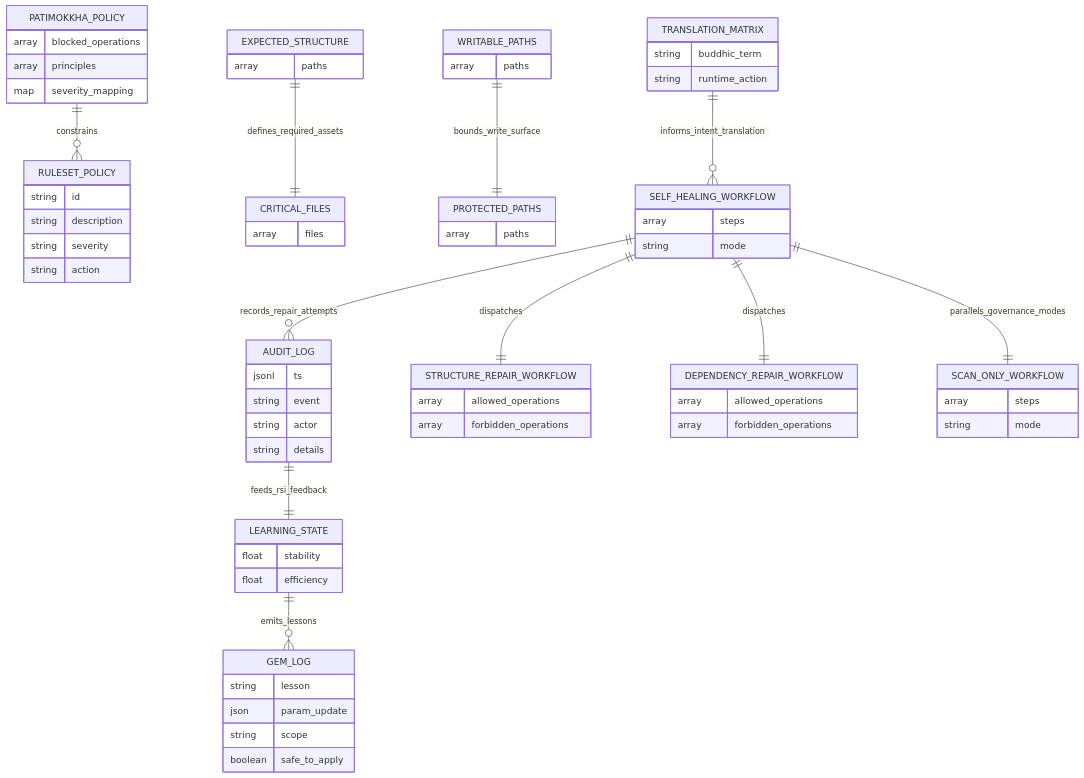
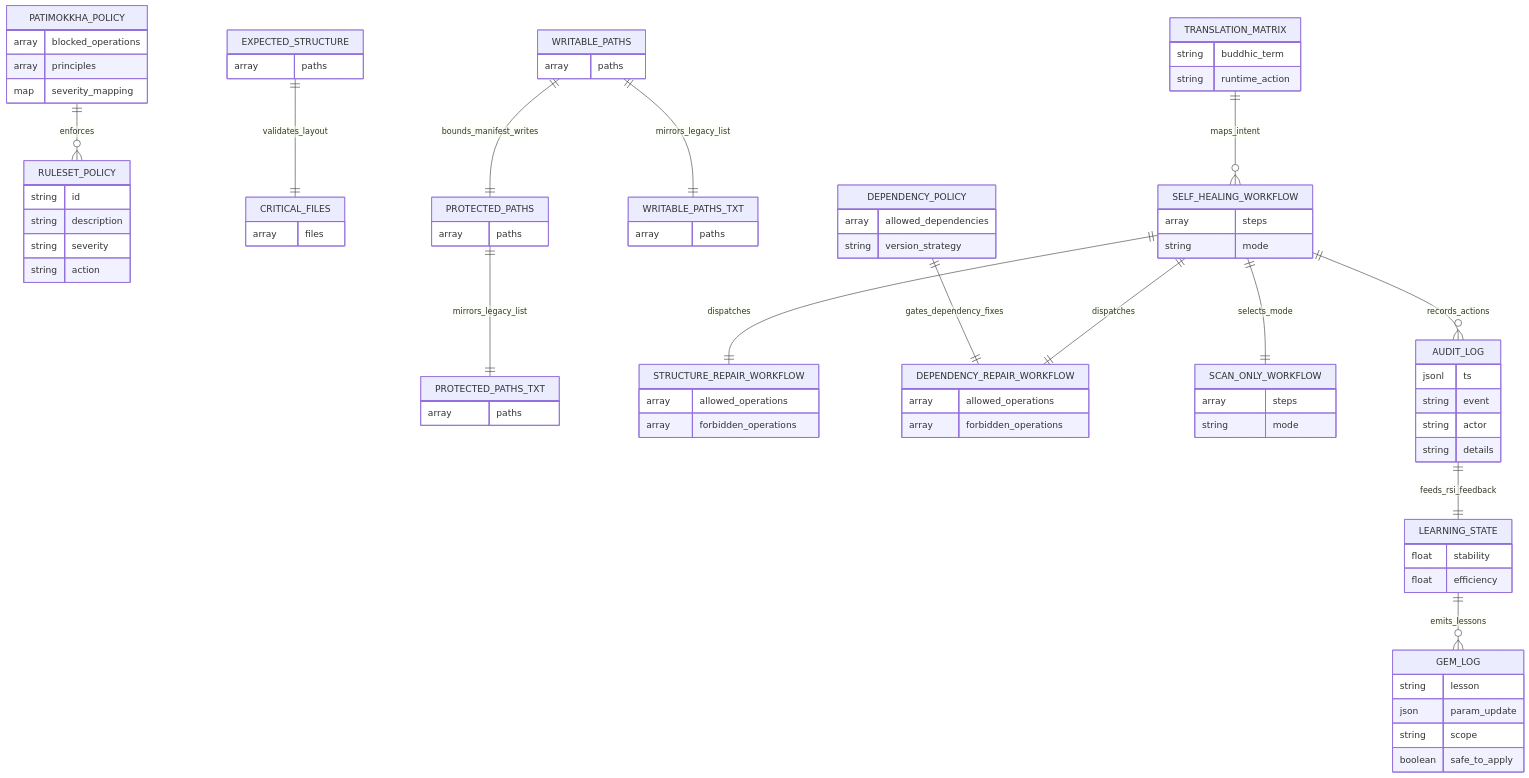
The diagram in README.md (FGD-ATR-EP/PRGX-AG), drawn with Mermaid before and after one commit. The commit also changed other lines of this file and 3 other files, not shown here.

Commit message:
docs: refresh architecture docs and add security/copyright policies

````diff
--- a/README.md
+++ b/README.md
@@ -71,9 +71,49 @@
       array paths
     }
 
+    WRITABLE_PATHS_TXT {
+      array paths
+    }
+
+    PROTECTED_PATHS_TXT {
+      array paths
+    }
+
+    DEPENDENCY_POLICY {
+      array allowed_dependencies
+      string version_strategy
+    }
+
     TRANSLATION_MATRIX {
       string buddhic_term
       string runtime_action
+    }
+
+    SELF_HEALING_WORKFLOW {
+      array steps
+      string mode
+    }
+
+    STRUCTURE_REPAIR_WORKFLOW {
+      array allowed_operations
+      array forbidden_operations
+    }
+
+    DEPENDENCY_REPAIR_WORKFLOW {
+      array allowed_operations
+      array forbidden_operations
+    }
+
+    SCAN_ONLY_WORKFLOW {
+      array steps
+      string mode
+    }
+
+    AUDIT_LOG {
+      jsonl ts
+      string event
+      string actor
+      string details
     }
 
     LEARNING_STATE {
@@ -88,41 +128,17 @@
       boolean safe_to_apply
     }
 
-    AUDIT_LOG {
-      jsonl ts
-      string event
-      string actor
-      string details
-    }
-
-    STRUCTURE_REPAIR_WORKFLOW {
-      array allowed_operations
-      array forbidden_operations
-    }
-
-    DEPENDENCY_REPAIR_WORKFLOW {
-      array allowed_operations
-      array forbidden_operations
-    }
-
-    SELF_HEALING_WORKFLOW {
-      array steps
-      string mode
-    }
-
-    SCAN_ONLY_WORKFLOW {
-      array steps
-      string mode
-    }
-
-    PATIMOKKHA_POLICY ||--o{ RULESET_POLICY : constrains
-    EXPECTED_STRUCTURE ||--|| CRITICAL_FILES : defines_required_assets
-    WRITABLE_PATHS ||--|| PROTECTED_PATHS : bounds_write_surface
-    TRANSLATION_MATRIX ||--o{ SELF_HEALING_WORKFLOW : informs_intent_translation
+    PATIMOKKHA_POLICY ||--o{ RULESET_POLICY : enforces
+    EXPECTED_STRUCTURE ||--|| CRITICAL_FILES : validates_layout
+    WRITABLE_PATHS ||--|| PROTECTED_PATHS : bounds_manifest_writes
+    WRITABLE_PATHS ||--|| WRITABLE_PATHS_TXT : mirrors_legacy_list
+    PROTECTED_PATHS ||--|| PROTECTED_PATHS_TXT : mirrors_legacy_list
+    DEPENDENCY_POLICY ||--|| DEPENDENCY_REPAIR_WORKFLOW : gates_dependency_fixes
+    TRANSLATION_MATRIX ||--o{ SELF_HEALING_WORKFLOW : maps_intent
     SELF_HEALING_WORKFLOW ||--|| STRUCTURE_REPAIR_WORKFLOW : dispatches
     SELF_HEALING_WORKFLOW ||--|| DEPENDENCY_REPAIR_WORKFLOW : dispatches
-    SELF_HEALING_WORKFLOW ||--|| SCAN_ONLY_WORKFLOW : parallels_governance_modes
-    SELF_HEALING_WORKFLOW ||--o{ AUDIT_LOG : records_repair_attempts
+    SELF_HEALING_WORKFLOW ||--|| SCAN_ONLY_WORKFLOW : selects_mode
+    SELF_HEALING_WORKFLOW ||--o{ AUDIT_LOG : records_actions
+    AUDIT_LOG ||--|| LEARNING_STATE : feeds_rsi_feedback
     LEARNING_STATE ||--o{ GEM_LOG : emits_lessons
-    AUDIT_LOG ||--|| LEARNING_STATE : feeds_rsi_feedback
 ```
````
